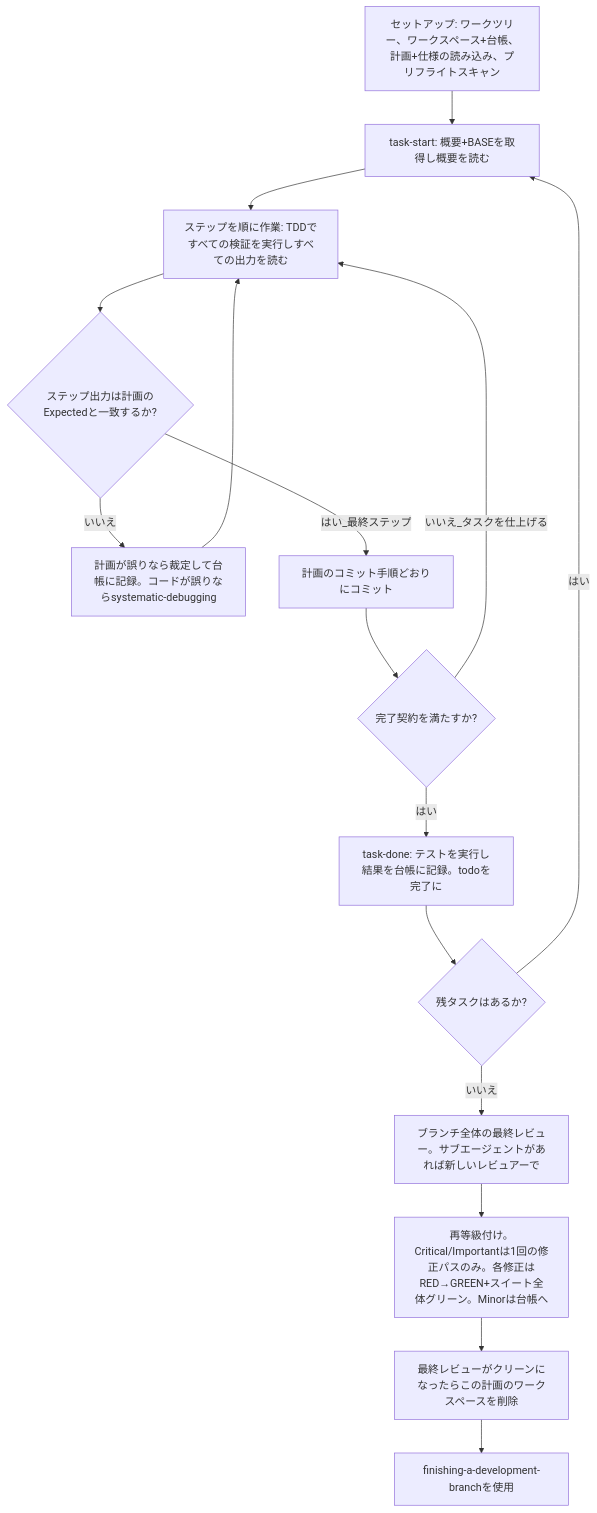
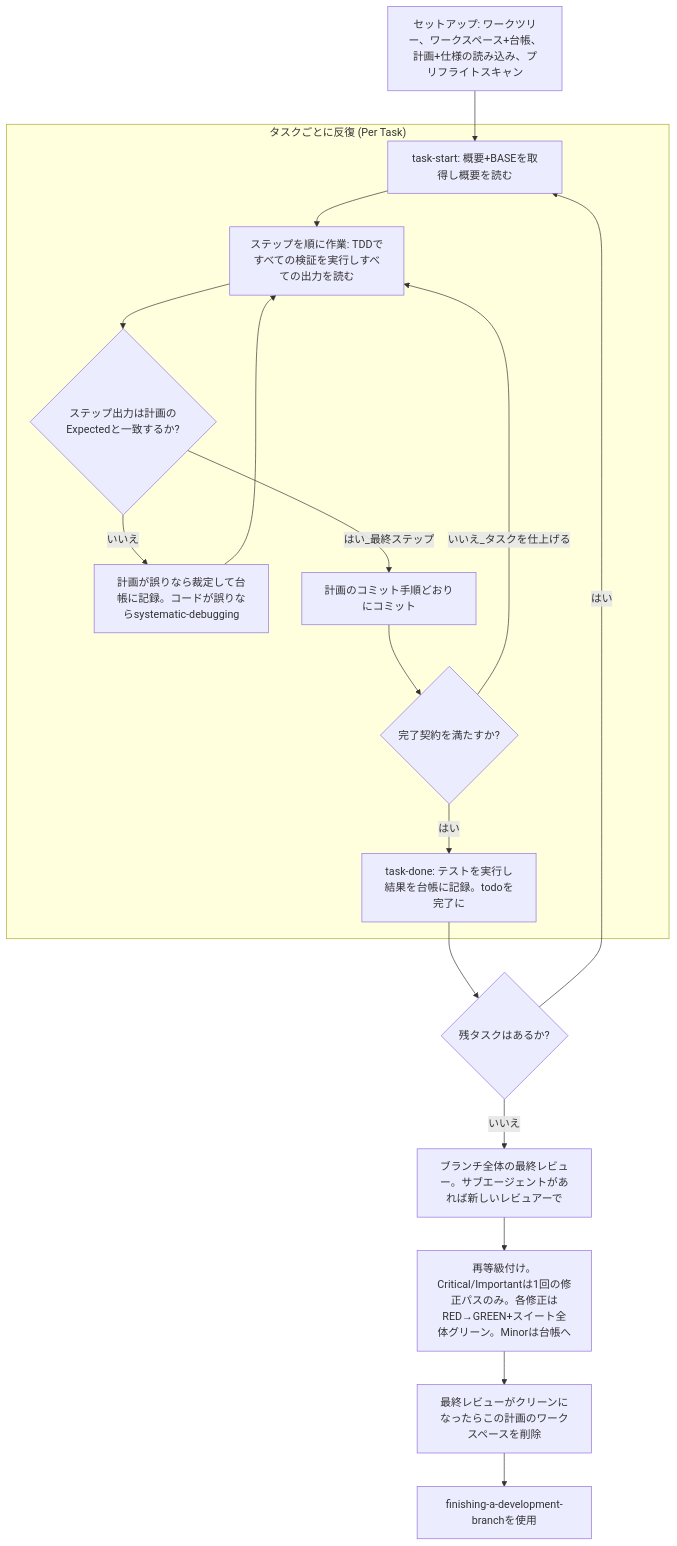
Before and after one commit to oki2a24/superpowerssuperpowers: the diagram in skills/executing-plans/SKILL.md, drawn with Mermaid. The commit also changed 28 other files, not shown here.

````diff
--- a/skills/executing-plans/SKILL.md
+++ b/skills/executing-plans/SKILL.md
@@ -34,18 +34,27 @@
 ```mermaid
 graph TD
-    S[セットアップ: ワークツリー、ワークスペース+台帳、計画+仕様の読み込み、プリフライトスキャン] --> T1[task-start: 概要+BASEを取得し概要を読む]
-    T1 --> W[ステップを順に作業: TDDですべての検証を実行しすべての出力を読む]
-    W --> C{ステップ出力は計画のExpectedと一致するか?}
-    C -- いいえ --> R[計画が誤りなら裁定して台帳に記録。コードが誤りならsystematic-debugging]
-    R --> W
-    C -- はい_最終ステップ --> CM[計画のコミット手順どおりにコミット]
-    CM --> CC{完了契約を満たすか?}
-    CC -- いいえ_タスクを仕上げる --> W
-    CC -- はい --> TD[task-done: テストを実行し結果を台帳に記録。todoを完了に]
+    subgraph per_task["タスクごとに反復 (Per Task)"]
+        T1[task-start: 概要+BASEを取得し概要を読む]
+        W[ステップを順に作業: TDDですべての検証を実行しすべての出力を読む]
+        C{ステップ出力は計画のExpectedと一致するか?}
+        R[計画が誤りなら裁定して台帳に記録。コードが誤りならsystematic-debugging]
+        CM[計画のコミット手順どおりにコミット]
+        CC{完了契約を満たすか?}
+        TD[task-done: テストを実行し結果を台帳に記録。todoを完了に]
+        T1 --> W
+        W --> C
+        C -- いいえ --> R
+        R --> W
+        C -- はい_最終ステップ --> CM
+        CM --> CC
+        CC -- いいえ_タスクを仕上げる --> W
+        CC -- はい --> TD
+    end
+    S[セットアップ: ワークツリー、ワークスペース+台帳、計画+仕様の読み込み、プリフライトスキャン] --> T1
     TD --> M{残タスクはあるか?}
     M -- はい --> T1
     M -- いいえ --> FR[ブランチ全体の最終レビュー。サブエージェントがあれば新しいレビュアーで]
     FR --> G[再等級付け。Critical/Importantは1回の修正パスのみ。各修正はRED→GREEN+スイート全体グリーン。Minorは台帳へ]
     G --> D[最終レビューがクリーンになったらこの計画のワークスペースを削除]
     D --> F[finishing-a-development-branchを使用]
 ```
````
